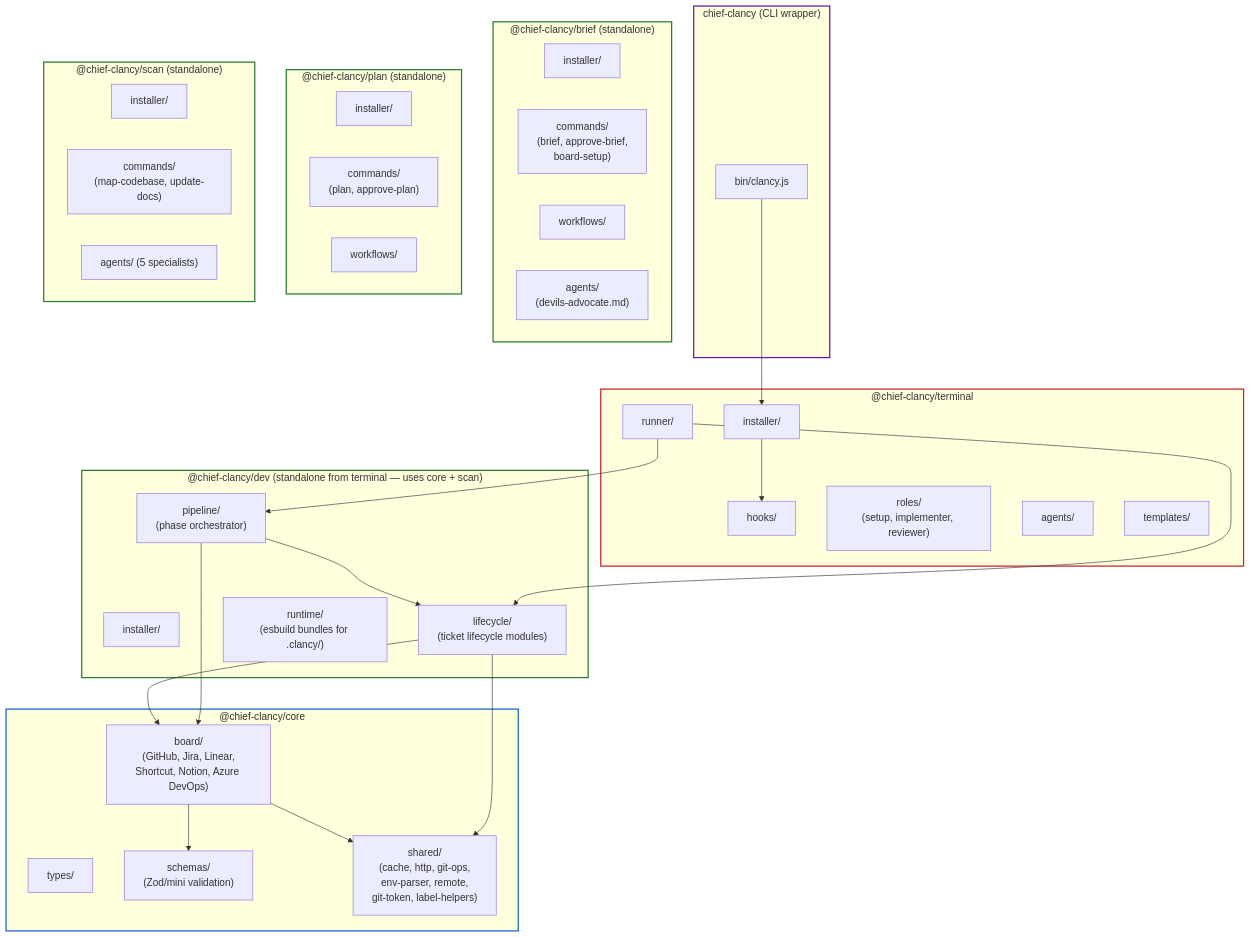
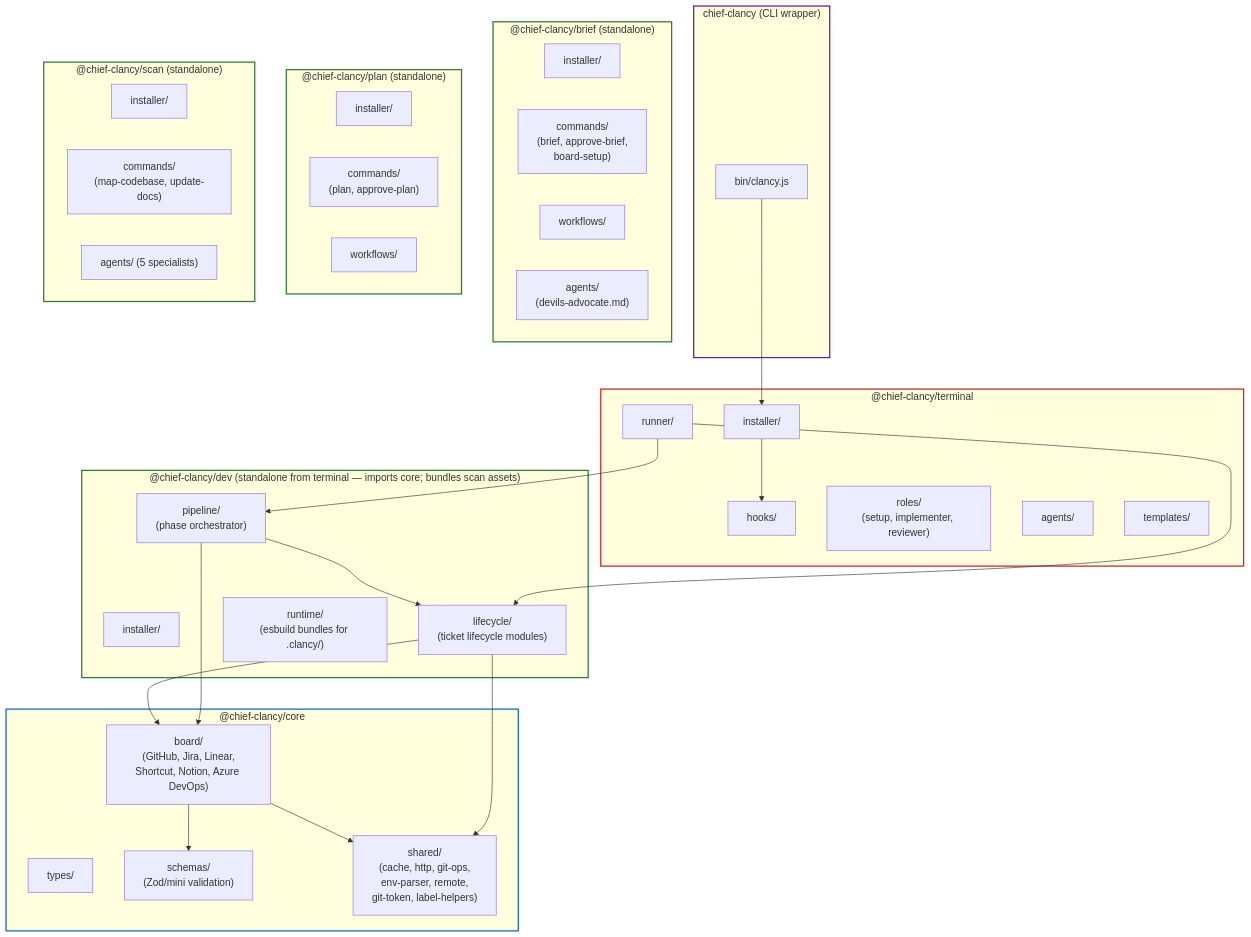
One commit to Pushedskydiver/chief-clancy changed the first of 14 diagrams in docs/VISUAL-ARCHITECTURE.md. Above: the diagram before and after it, drawn with Mermaid. The commit also changed other lines of this file and 2 other files, not shown here.

First paragraph of the commit message:
🐛 fix(docs): layer-split dev-deps-on-scan claim across 3 policy/decision docs (#393)
Closes the docs/ARCHITECTURE.md:27 contested edit carry-forward from
PROGRESS.md:16. Conflated two dependency layers across 3 docs:

````diff
--- a/docs/VISUAL-ARCHITECTURE.md
+++ b/docs/VISUAL-ARCHITECTURE.md
@@ -33,67 +33,67 @@
 ```mermaid
 graph TD
     subgraph chief["chief-clancy (CLI wrapper)"]
         bin["bin/clancy.js"]
     end
 
     subgraph terminal["@chief-clancy/terminal"]
         installer["installer/"]
         runner["runner/"]
         hooks["hooks/"]
         roles["roles/\n(setup, implementer, reviewer)"]
         agents["agents/"]
         templates["templates/"]
     end
 
     subgraph core["@chief-clancy/core"]
         board["board/\n(GitHub, Jira, Linear,\nShortcut, Notion, Azure DevOps)"]
         types["types/"]
         schemas["schemas/\n(Zod/mini validation)"]
         shared["shared/\n(cache, http, git-ops,\nenv-parser, remote,\ngit-token, label-helpers)"]
     end
 
     subgraph brief["@chief-clancy/brief (standalone)"]
         briefInstaller["installer/"]
         briefCommands["commands/\n(brief, approve-brief,\nboard-setup)"]
         briefWorkflows["workflows/"]
         briefAgents["agents/\n(devils-advocate.md)"]
     end
 
     subgraph plan["@chief-clancy/plan (standalone)"]
         planInstaller["installer/"]
         planCommands["commands/\n(plan, approve-plan)"]
         planWorkflows["workflows/"]
     end
 
     subgraph scan["@chief-clancy/scan (standalone)"]
         scanInstaller["installer/"]
         scanCommands["commands/\n(map-codebase, update-docs)"]
         scanAgents["agents/ (5 specialists)"]
     end
 
-    subgraph dev["@chief-clancy/dev (standalone from terminal — uses core + scan)"]
+    subgraph dev["@chief-clancy/dev (standalone from terminal — imports core; bundles scan assets)"]
         devInstaller["installer/"]
         devPipeline["pipeline/\n(phase orchestrator)"]
         devLifecycle["lifecycle/\n(ticket lifecycle modules)"]
         devRuntime["runtime/\n(esbuild bundles for .clancy/)"]
     end
 
     bin --> installer
     installer --> hooks
     runner --> devPipeline
     runner --> devLifecycle
     devPipeline --> devLifecycle
     devPipeline --> board
     devLifecycle --> board
     devLifecycle --> shared
     board --> schemas
     board --> shared
 
     style chief stroke:#6a1b9a,stroke-width:2px
     style terminal stroke:#c62828,stroke-width:2px
     style core stroke:#1565c0,stroke-width:2px
     style brief stroke:#2e7d32,stroke-width:2px
     style plan stroke:#2e7d32,stroke-width:2px
     style scan stroke:#2e7d32,stroke-width:2px
     style dev stroke:#2e7d32,stroke-width:2px
 ```
````
